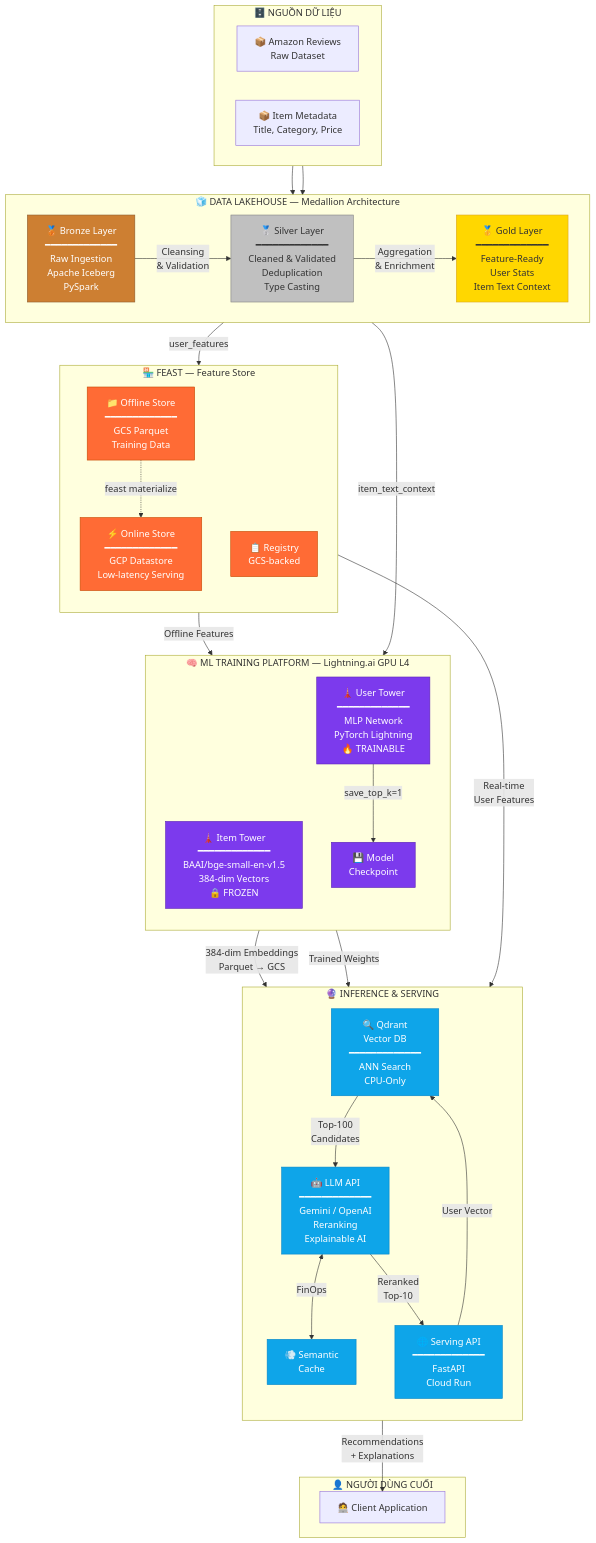
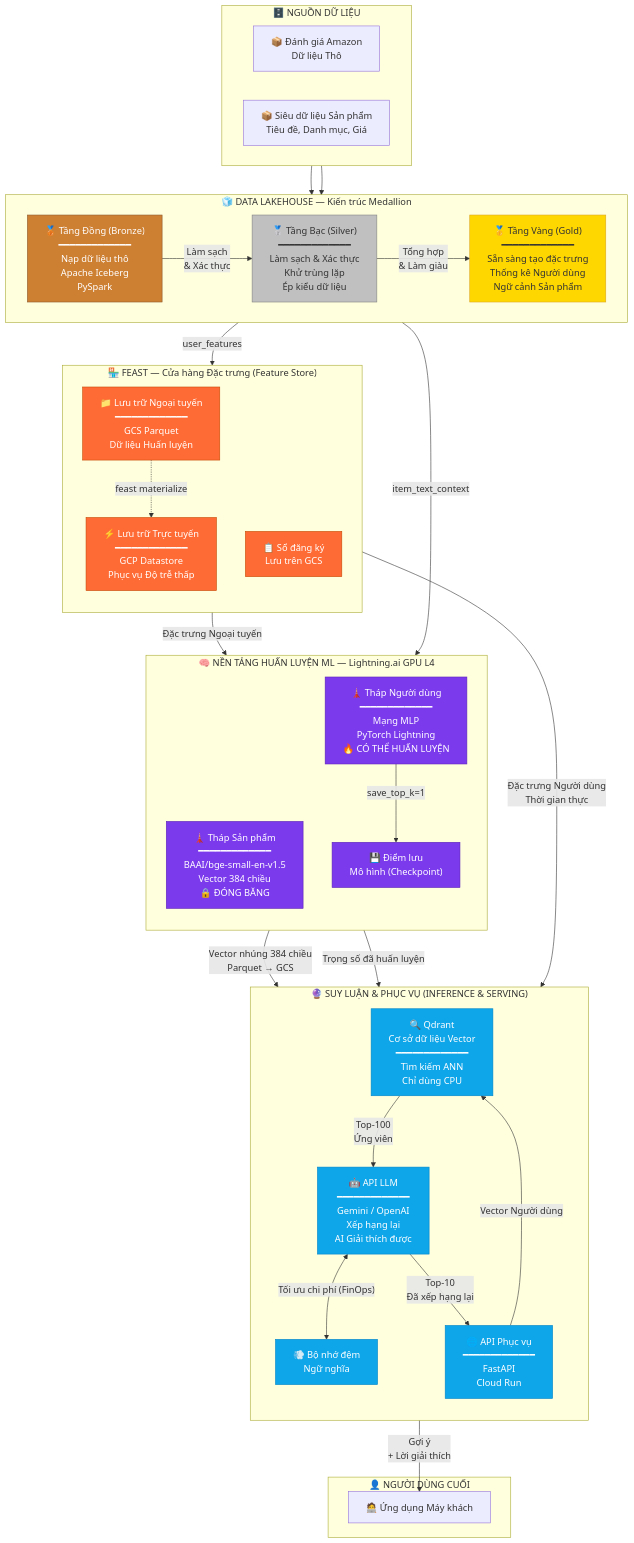
The first of 5 diagrams in README.md (DIOquang/mining_massive), drawn with Mermaid before and after one commit. The commit also changed other lines of this file, not shown here.

````diff
--- a/README.md
+++ b/README.md
@@ -58,72 +58,72 @@
 ```mermaid
 graph TB
     subgraph DATA_SOURCES["🗄️ NGUỒN DỮ LIỆU"]
         direction LR
-        DS1["📦 Amazon Reviews<br/>Raw Dataset"]
-        DS2["📦 Item Metadata<br/>Title, Category, Price"]
+        DS1["📦 Đánh giá Amazon<br/>Dữ liệu Thô"]
+        DS2["📦 Siêu dữ liệu Sản phẩm<br/>Tiêu đề, Danh mục, Giá"]
     end
 
-    subgraph DATA_LAKEHOUSE["🧊 DATA LAKEHOUSE — Medallion Architecture"]
+    subgraph DATA_LAKEHOUSE["🧊 DATA LAKEHOUSE — Kiến trúc Medallion"]
         direction LR
-        BRONZE["🥉 Bronze Layer<br/>━━━━━━━━━━━━━<br/>Raw Ingestion<br/>Apache Iceberg<br/>PySpark"]
-        SILVER["🥈 Silver Layer<br/>━━━━━━━━━━━━━<br/>Cleaned & Validated<br/>Deduplication<br/>Type Casting"]
-        GOLD["🥇 Gold Layer<br/>━━━━━━━━━━━━━<br/>Feature-Ready<br/>User Stats<br/>Item Text Context"]
-        BRONZE -->|"Cleansing<br/>& Validation"| SILVER
-        SILVER -->|"Aggregation<br/>& Enrichment"| GOLD
+        BRONZE["🥉 Tầng Đồng (Bronze)<br/>━━━━━━━━━━━━━<br/>Nạp dữ liệu thô<br/>Apache Iceberg<br/>PySpark"]
+        SILVER["🥈 Tầng Bạc (Silver)<br/>━━━━━━━━━━━━━<br/>Làm sạch & Xác thực<br/>Khử trùng lặp<br/>Ép kiểu dữ liệu"]
+        GOLD["🥇 Tầng Vàng (Gold)<br/>━━━━━━━━━━━━━<br/>Sẵn sàng tạo đặc trưng<br/>Thống kê Người dùng<br/>Ngữ cảnh Sản phẩm"]
+        BRONZE -->|"Làm sạch<br/>& Xác thực"| SILVER
+        SILVER -->|"Tổng hợp<br/>& Làm giàu"| GOLD
     end
 
-    subgraph FEATURE_STORE["🏪 FEAST — Feature Store"]
+    subgraph FEATURE_STORE["🏪 FEAST — Cửa hàng Đặc trưng (Feature Store)"]
         direction TB
-        OFFLINE["📁 Offline Store<br/>━━━━━━━━━━━━━<br/>GCS Parquet<br/>Training Data"]
-        ONLINE["⚡ Online Store<br/>━━━━━━━━━━━━━<br/>GCP Datastore<br/>Low-latency Serving"]
-        REGISTRY["📋 Registry<br/>GCS-backed"]
+        OFFLINE["📁 Lưu trữ Ngoại tuyến<br/>━━━━━━━━━━━━━<br/>GCS Parquet<br/>Dữ liệu Huấn luyện"]
+        ONLINE["⚡ Lưu trữ Trực tuyến<br/>━━━━━━━━━━━━━<br/>GCP Datastore<br/>Phục vụ Độ trễ thấp"]
+        REGISTRY["📋 Sổ đăng ký<br/>Lưu trên GCS"]
         OFFLINE -.->|"feast materialize"| ONLINE
     end
 
-    subgraph ML_TRAINING["🧠 ML TRAINING PLATFORM — Lightning.ai GPU L4"]
+    subgraph ML_TRAINING["🧠 NỀN TẢNG HUẤN LUYỆN ML — Lightning.ai GPU L4"]
         direction TB
-        ITEM_TOWER["🗼 Item Tower<br/>━━━━━━━━━━━━━<br/>BAAI/bge-small-en-v1.5<br/>384-dim Vectors<br/>🔒 FROZEN"]
-        USER_TOWER["🗼 User Tower<br/>━━━━━━━━━━━━━<br/>MLP Network<br/>PyTorch Lightning<br/>🔥 TRAINABLE"]
-        CHECKPOINT["💾 Model<br/>Checkpoint"]
+        ITEM_TOWER["🗼 Tháp Sản phẩm<br/>━━━━━━━━━━━━━<br/>BAAI/bge-small-en-v1.5<br/>Vector 384 chiều<br/>🔒 ĐÓNG BĂNG"]
+        USER_TOWER["🗼 Tháp Người dùng<br/>━━━━━━━━━━━━━<br/>Mạng MLP<br/>PyTorch Lightning<br/>🔥 CÓ THỂ HUẤN LUYỆN"]
+        CHECKPOINT["💾 Điểm lưu<br/>Mô hình (Checkpoint)"]
         USER_TOWER -->|"save_top_k=1"| CHECKPOINT
     end
 
-    subgraph INFERENCE["🔮 INFERENCE & SERVING"]
+    subgraph INFERENCE["🔮 SUY LUẬN & PHỤC VỤ (INFERENCE & SERVING)"]
         direction TB
-        QDRANT["🔍 Qdrant<br/>Vector DB<br/>━━━━━━━━━━━━━<br/>ANN Search<br/>CPU-Only"]
-        LLM["🤖 LLM API<br/>━━━━━━━━━━━━━<br/>Gemini / OpenAI<br/>Reranking<br/>Explainable AI"]
-        CACHE["💨 Semantic<br/>Cache"]
-        API["🌐 Serving API<br/>━━━━━━━━━━━━━<br/>FastAPI<br/>Cloud Run"]
+        QDRANT["🔍 Qdrant<br/>Cơ sở dữ liệu Vector<br/>━━━━━━━━━━━━━<br/>Tìm kiếm ANN<br/>Chỉ dùng CPU"]
+        LLM["🤖 API LLM<br/>━━━━━━━━━━━━━<br/>Gemini / OpenAI<br/>Xếp hạng lại<br/>AI Giải thích được"]
+        CACHE["💨 Bộ nhớ đệm<br/>Ngữ nghĩa"]
+        API["🌐 API Phục vụ<br/>━━━━━━━━━━━━━<br/>FastAPI<br/>Cloud Run"]
     end
 
     subgraph END_USER["👤 NGƯỜI DÙNG CUỐI"]
-        USER["🧑‍💻 Client Application"]
+        USER["🧑‍💻 Ứng dụng Máy khách"]
     end
 
     DS1 & DS2 --> BRONZE
     GOLD -->|"item_text_context"| ITEM_TOWER
     GOLD -->|"user_features"| OFFLINE
-    ITEM_TOWER -->|"384-dim Embeddings<br/>Parquet → GCS"| QDRANT
-    OFFLINE -->|"Offline Features"| USER_TOWER
-    CHECKPOINT -->|"Trained Weights"| API
-    ONLINE -->|"Real-time<br/>User Features"| API
-    API -->|"User Vector"| QDRANT
-    QDRANT -->|"Top-100<br/>Candidates"| LLM
-    LLM <-->|"FinOps"| CACHE
-    LLM -->|"Reranked<br/>Top-10"| API
-    API -->|"Recommendations<br/>+ Explanations"| USER
+    ITEM_TOWER -->|"Vector nhúng 384 chiều<br/>Parquet → GCS"| QDRANT
+    OFFLINE -->|"Đặc trưng Ngoại tuyến"| USER_TOWER
+    CHECKPOINT -->|"Trọng số đã huấn luyện"| API
+    ONLINE -->|"Đặc trưng Người dùng<br/>Thời gian thực"| API
+    API -->|"Vector Người dùng"| QDRANT
+    QDRANT -->|"Top-100<br/>Ứng viên"| LLM
+    LLM <-->|"Tối ưu chi phí (FinOps)"| CACHE
+    LLM -->|"Top-10<br/>Đã xếp hạng lại"| API
+    API -->|"Gợi ý<br/>+ Lời giải thích"| USER
 
     classDef bronze fill:#cd7f32,stroke:#8b5a2b,color:#fff
     classDef silver fill:#c0c0c0,stroke:#808080,color:#333
     classDef gold fill:#ffd700,stroke:#daa520,color:#333
     classDef feast fill:#ff6b35,stroke:#c44900,color:#fff
     classDef training fill:#7c3aed,stroke:#5b21b6,color:#fff
     classDef inference fill:#0ea5e9,stroke:#0284c7,color:#fff
 
     class BRONZE bronze
     class SILVER silver
     class GOLD gold
     class OFFLINE,ONLINE,REGISTRY feast
     class ITEM_TOWER,USER_TOWER,CHECKPOINT training
     class QDRANT,LLM,CACHE,API inference
 ```
````
